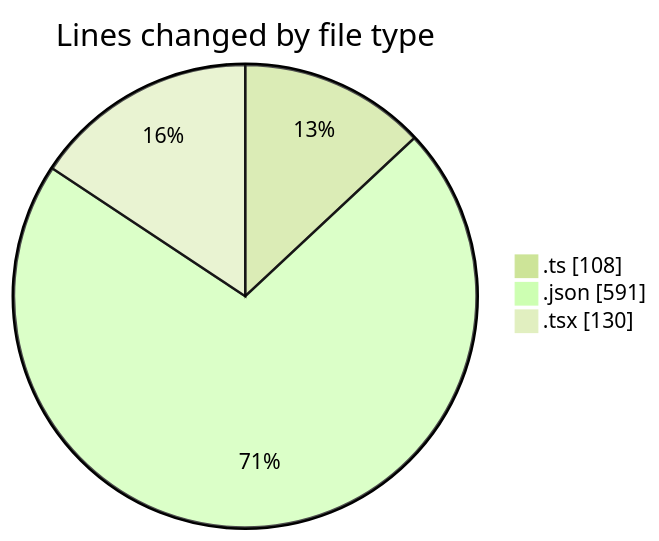
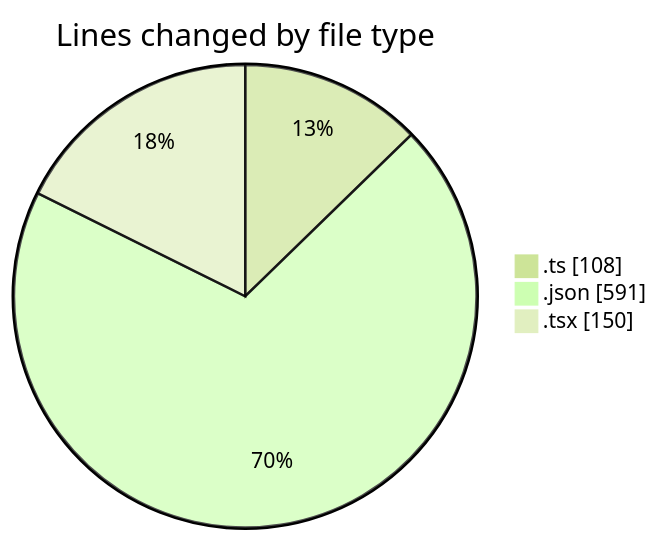
Before and after one commit to EIIisD/code-tracking: the first of 2 diagrams in 2025-07-12/ribbon/README.md, drawn with Mermaid (forest theme). The commit also changed other lines of this file and 1 other file, not shown here.

````diff
--- a/2025-07-12/ribbon/README.md
+++ b/2025-07-12/ribbon/README.md
@@ -25,7 +25,7 @@
 ```mermaid
 pie showData
 title Lines changed by file type
 ".ts" : 108
 ".json" : 591
-".tsx" : 130
+".tsx" : 150
 ```
````
